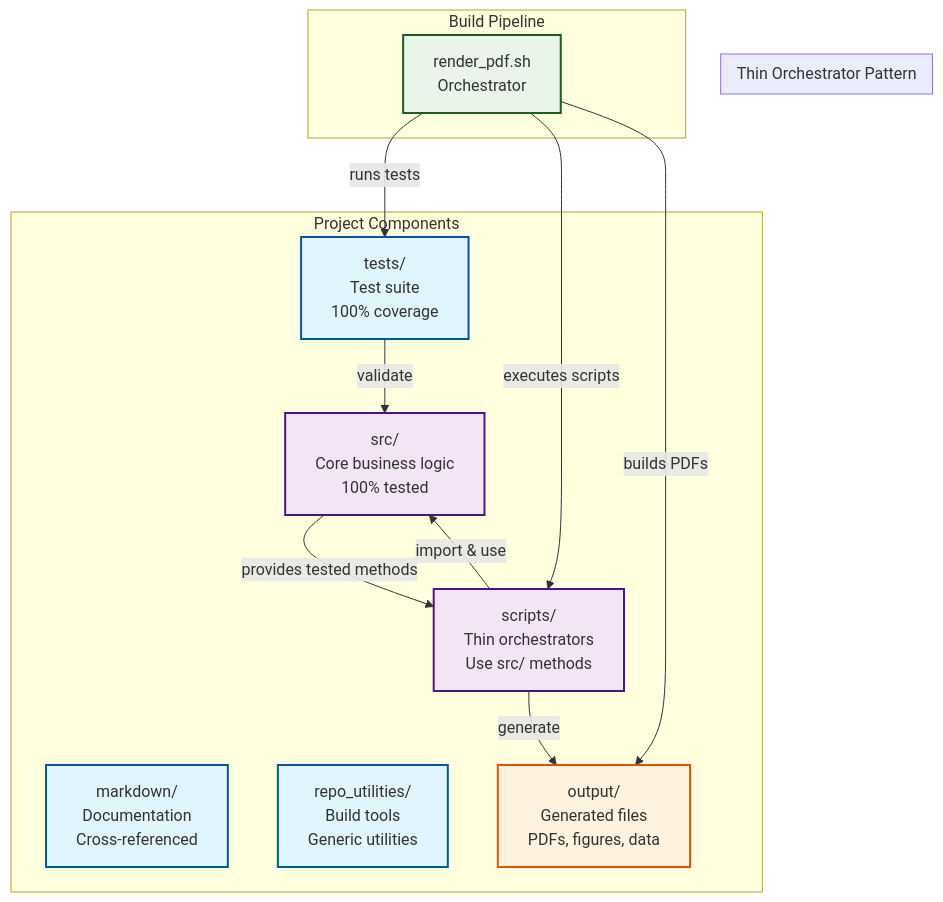
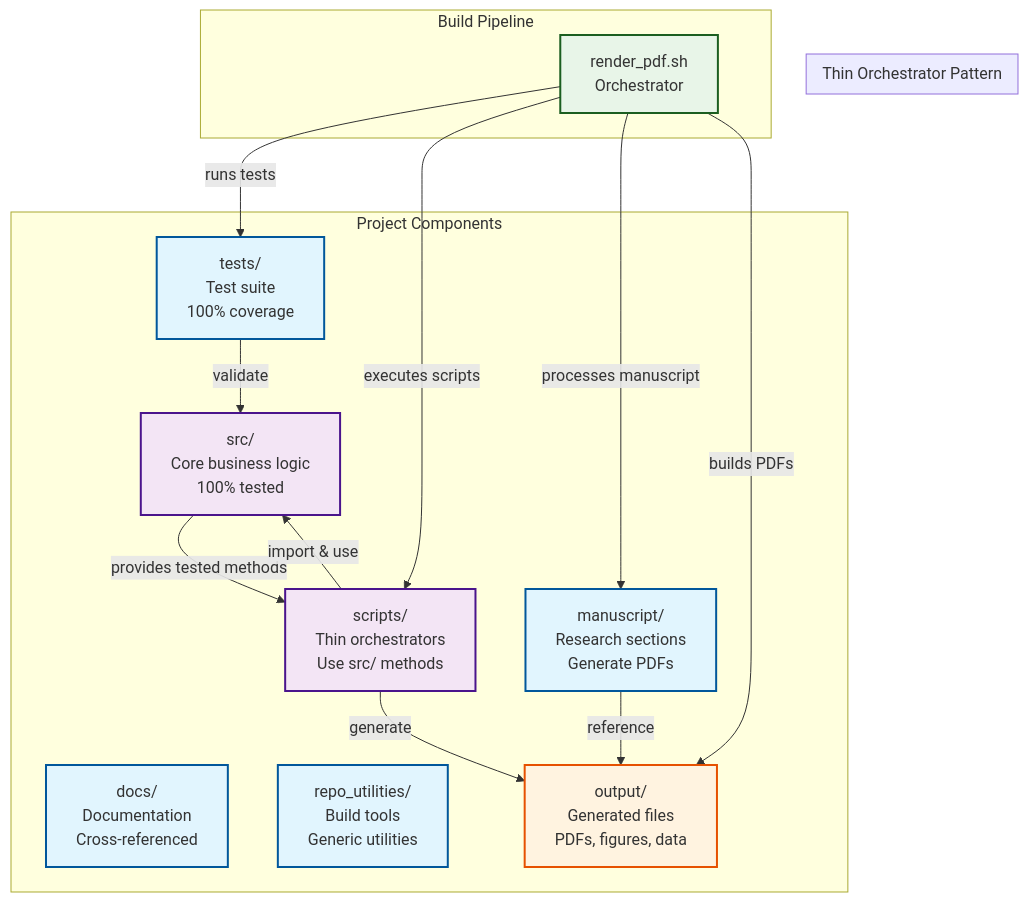
One commit to docxology/template changed the first of 3 diagrams in README.md. Above: the diagram before and after it, drawn with Mermaid. The commit also changed other lines of this file and 33 other files, not shown here.

````diff
--- a/README.md
+++ b/README.md
@@ -31,35 +31,38 @@
 ```mermaid
 graph TB
     subgraph "Project Components"
         SRC[src/<br/>Core business logic<br/>100% tested]
         TESTS[tests/<br/>Test suite<br/>100% coverage]
         SCRIPTS[scripts/<br/>Thin orchestrators<br/>Use src/ methods]
-        MD[markdown/<br/>Documentation<br/>Cross-referenced]
+        MD[docs/<br/>Documentation<br/>Cross-referenced]
+        MANUSCRIPT[manuscript/<br/>Research sections<br/>Generate PDFs]
         REPO_UTILS[repo_utilities/<br/>Build tools<br/>Generic utilities]
         OUTPUT[output/<br/>Generated files<br/>PDFs, figures, data]
     end
     
     subgraph "Thin Orchestrator Pattern"
         SRC -->|"provides tested methods"| SCRIPTS
         SCRIPTS -->|"import & use"| SRC
         SCRIPTS -->|"generate"| OUTPUT
+        MANUSCRIPT -->|"reference"| OUTPUT
         TESTS -->|"validate"| SRC
     end
     
     subgraph "Build Pipeline"
         RENDER[render_pdf.sh<br/>Orchestrator]
         RENDER -->|"runs tests"| TESTS
         RENDER -->|"executes scripts"| SCRIPTS
+        RENDER -->|"processes manuscript"| MANUSCRIPT
         RENDER -->|"builds PDFs"| OUTPUT
     end
     
     classDef core fill:#e1f5fe,stroke:#01579b,stroke-width:2px
     classDef pattern fill:#f3e5f5,stroke:#4a148c,stroke-width:2px
     classDef pipeline fill:#e8f5e8,stroke:#1b5e20,stroke-width:2px
     classDef output fill:#fff3e0,stroke:#e65100,stroke-width:2px
     
-    class SRC,TESTS,SCRIPTS,MD,REPO_UTILS core
+    class SRC,TESTS,SCRIPTS,MD,MANUSCRIPT,REPO_UTILS core
     class SRC,SCRIPTS pattern
     class RENDER pipeline
     class OUTPUT output
 ```
````
